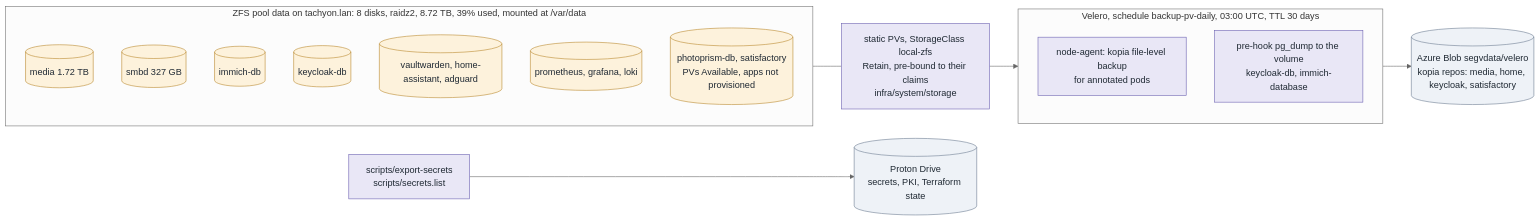
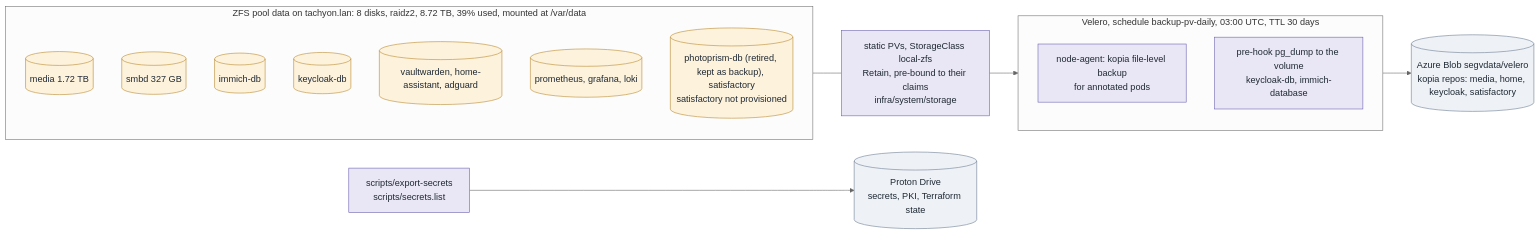
Before and after one commit to alxbl/lab: the fourth of 5 diagrams in docs/hld/segv-cluster.md, drawn with Mermaid (neutral theme). The commit also changed other lines of this file and 1 other file, not shown here.

First line of the commit message:
docs(rules): retiring Argo apps with bound PVCs, node reboot recovery (#130)

````diff
--- a/docs/hld/segv-cluster.md
+++ b/docs/hld/segv-cluster.md
@@ -236,32 +236,32 @@
 ```mermaid
 flowchart LR
   classDef data fill:#fdf2dc,stroke:#b8872b,color:#1f2933
   classDef sys fill:#e9e7f6,stroke:#6a5fb0,color:#1f2933
   classDef ext fill:#eef2f7,stroke:#6b7a90,color:#1f2933
 
   subgraph POOL["ZFS pool data on tachyon.lan: 8 disks, raidz2, 8.72 TB, 39% used, mounted at /var/data"]
     direction TB
     d1[("media 1.72 TB")]:::data
     d2[("smbd 327 GB")]:::data
     d3[("immich-db")]:::data
     d4[("keycloak-db")]:::data
     d5[("vaultwarden, home-assistant, adguard")]:::data
     d6[("prometheus, grafana, loki")]:::data
-    d7[("photoprism-db, satisfactory<br/>PVs Available, apps not provisioned")]:::data
+    d7[("photoprism-db (retired, kept as backup), satisfactory<br/>satisfactory not provisioned")]:::data
   end
 
   pvs["static PVs, StorageClass local-zfs<br/>Retain, pre-bound to their claims<br/>infra/system/storage"]:::sys
   POOL --- pvs
 
   subgraph BK["Velero, schedule backup-pv-daily, 03:00 UTC, TTL 30 days"]
     direction TB
     v1["node-agent: kopia file-level backup<br/>for annotated pods"]:::sys
     v2["pre-hook pg_dump to the volume<br/>keycloak-db, immich-database"]:::sys
   end
   pvs --> BK
 
   azure[("Azure Blob segvdata/velero<br/>kopia repos: media, home, keycloak, satisfactory")]:::ext
   BK --> azure
   proton[("Proton Drive<br/>secrets, PKI, Terraform state")]:::ext
   sec["scripts/export-secrets<br/>scripts/secrets.list"]:::sys --> proton
 ```
````
